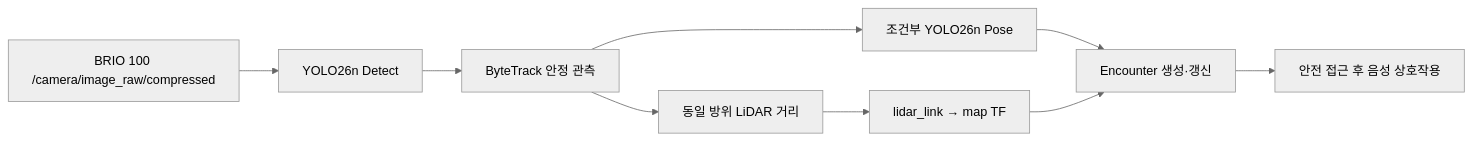
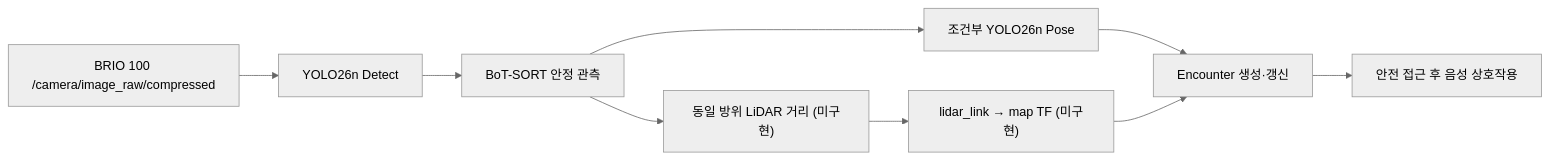
One commit to Common-AIOT/Sentinel-UGV changed the first of 3 diagrams in docs/07-AI-탐지.md. Above: the diagram before and after it, drawn with Mermaid (neutral theme). The commit also changed other lines of this file and 18 other files, not shown here.

````diff
--- a/docs/07-AI-탐지.md
+++ b/docs/07-AI-탐지.md
@@ -10,11 +10,11 @@
 ```mermaid
 flowchart LR
     camera["BRIO 100 /camera/image_raw/compressed"] --> detect["YOLO26n Detect"]
-    detect --> track["ByteTrack 안정 관측"]
+    detect --> track["BoT-SORT 안정 관측"]
     track --> pose["조건부 YOLO26n Pose"]
-    track --> lidar["동일 방위 LiDAR 거리"]
-    lidar --> tf["lidar_link → map TF"]
+    track --> lidar["동일 방위 LiDAR 거리 (미구현)"]
+    lidar --> tf["lidar_link → map TF (미구현)"]
     pose --> encounter["Encounter 생성·갱신"]
     tf --> encounter
     encounter --> voice["안전 접근 후 음성 상호작용"]
 ```
````
